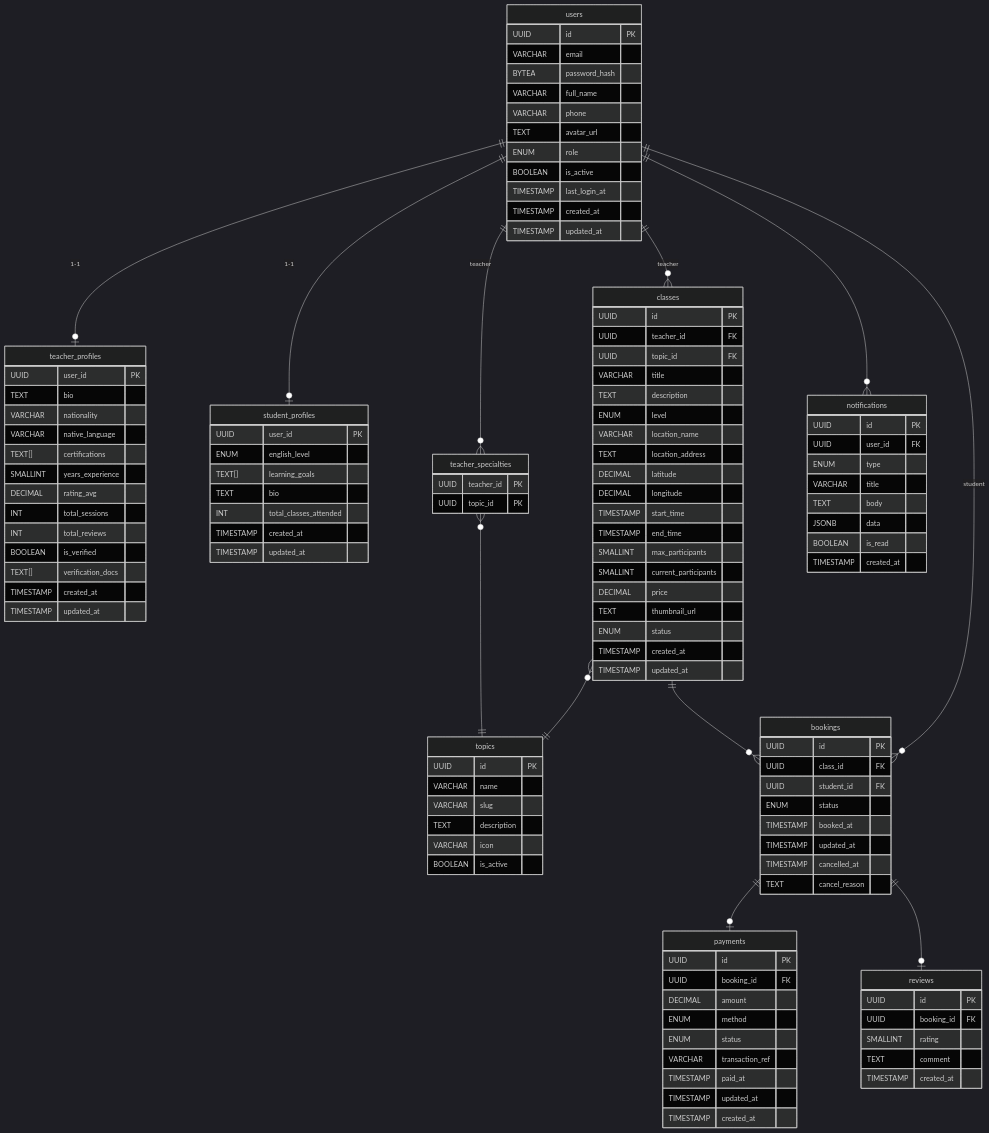
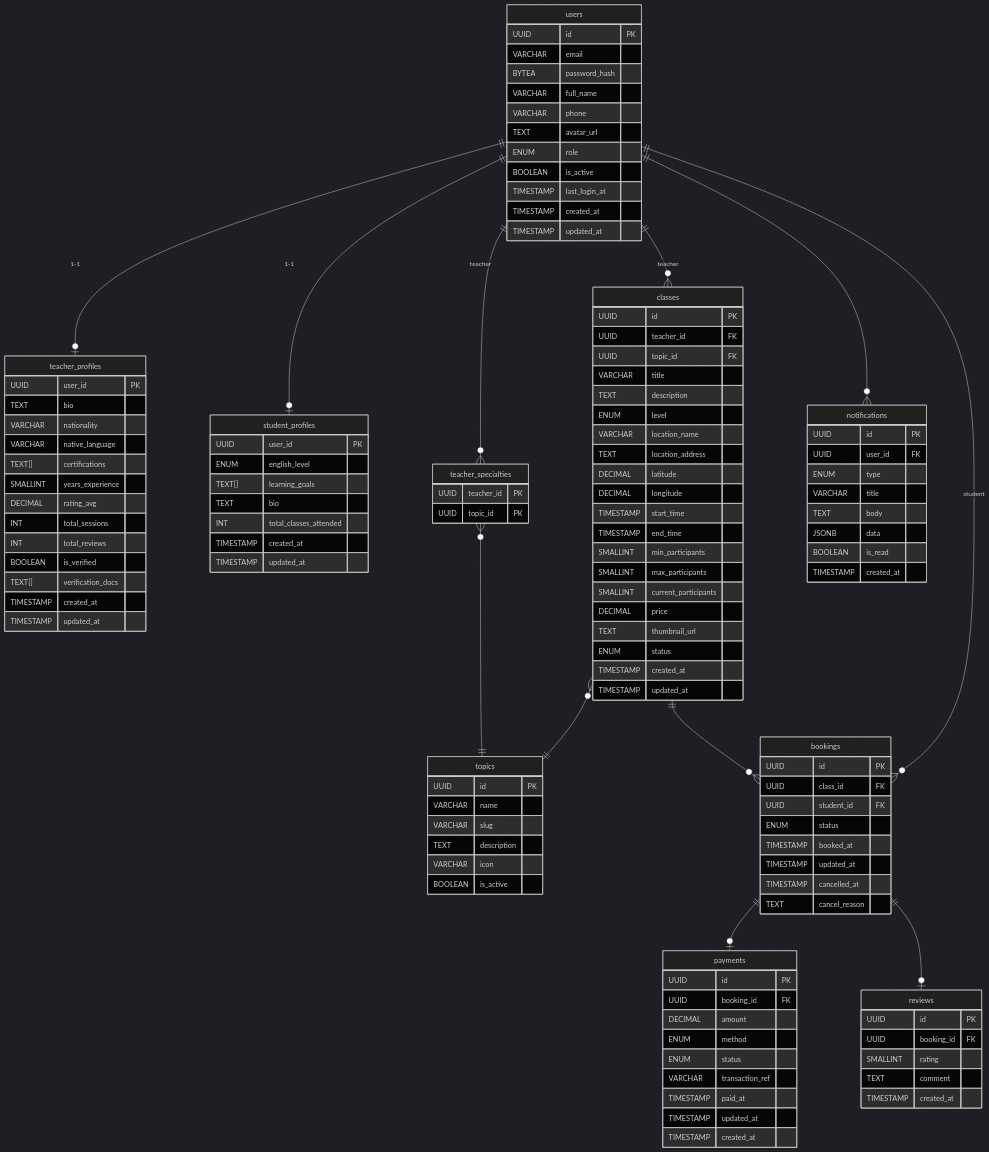
The diagram in docs/erd.md (luongnc2k/econnect), drawn with Mermaid (dark theme) before and after one commit. The commit also changed other lines of this file and 7 other files, not shown here.

```diff
--- a/docs/erd.md
+++ b/docs/erd.md
@@ -77,6 +77,7 @@
         DECIMAL longitude
         TIMESTAMP start_time
         TIMESTAMP end_time
+        SMALLINT min_participants
         SMALLINT max_participants
         SMALLINT current_participants
         DECIMAL price
```
